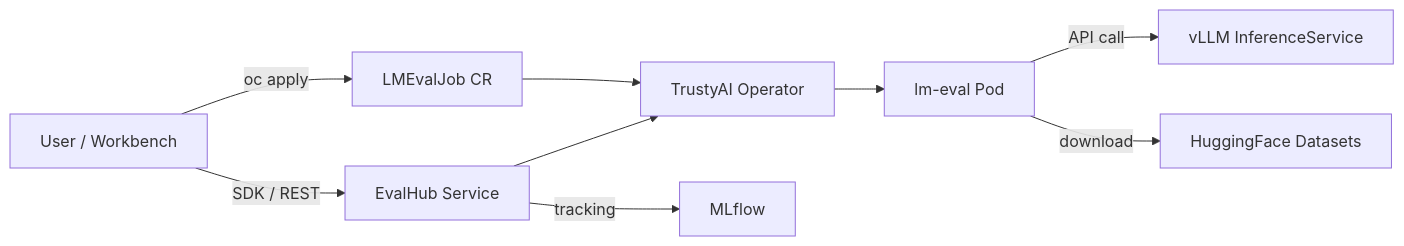
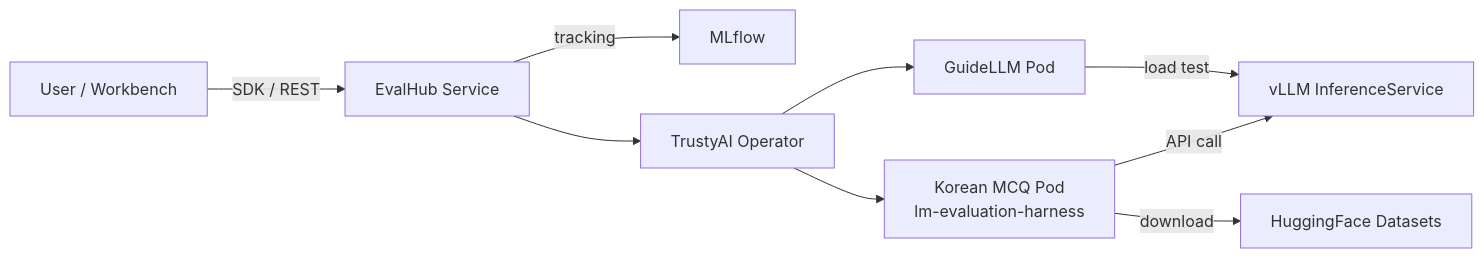
One commit to hyogrin/rhoai-lmeval-builder-lab changed the diagram in README.md. Above: the diagram before and after it, drawn with Mermaid.

Commit message:
update architecture diagram

````diff
--- a/README.md
+++ b/README.md
@@ -7,11 +7,11 @@
 ```mermaid
 flowchart LR
-    User[User / Workbench] -->|oc apply| CRD[LMEvalJob CR]
-    User -->|SDK / REST| EvalHub[EvalHub Service]
-    CRD --> Operator[TrustyAI Operator]
-    EvalHub --> Operator
-    Operator --> Pod[lm-eval Pod]
-    Pod -->|API call| vLLM[vLLM InferenceService]
-    Pod -->|download| HF[HuggingFace Datasets]
+    User[User / Workbench] -->|SDK / REST| EvalHub[EvalHub Service]
     EvalHub -->|tracking| MLflow[MLflow]
+    EvalHub --> Operator[TrustyAI Operator]
+    Operator --> GuideLLM[GuideLLM Pod]
+    Operator --> MCQ[Korean MCQ Pod<br/>lm-evaluation-harness]
+    GuideLLM -->|load test| vLLM[vLLM InferenceService]
+    MCQ -->|API call| vLLM
+    MCQ -->|download| HF[HuggingFace Datasets]
 ```
````
